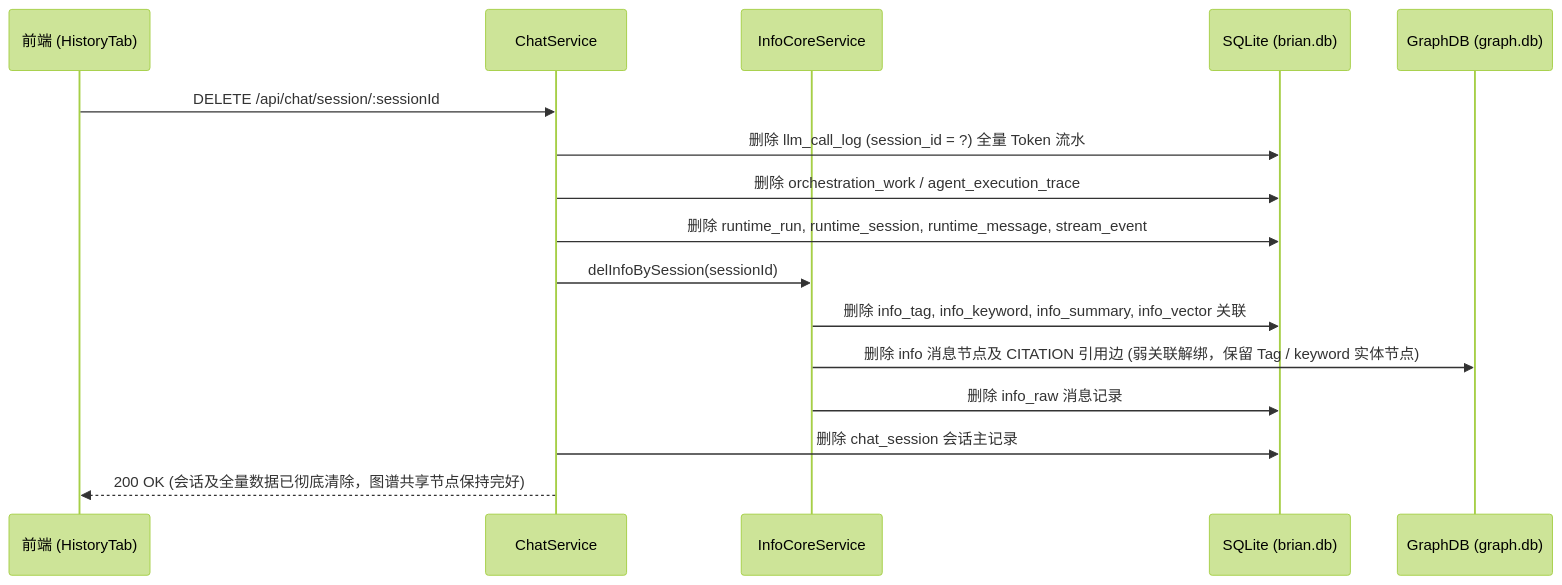
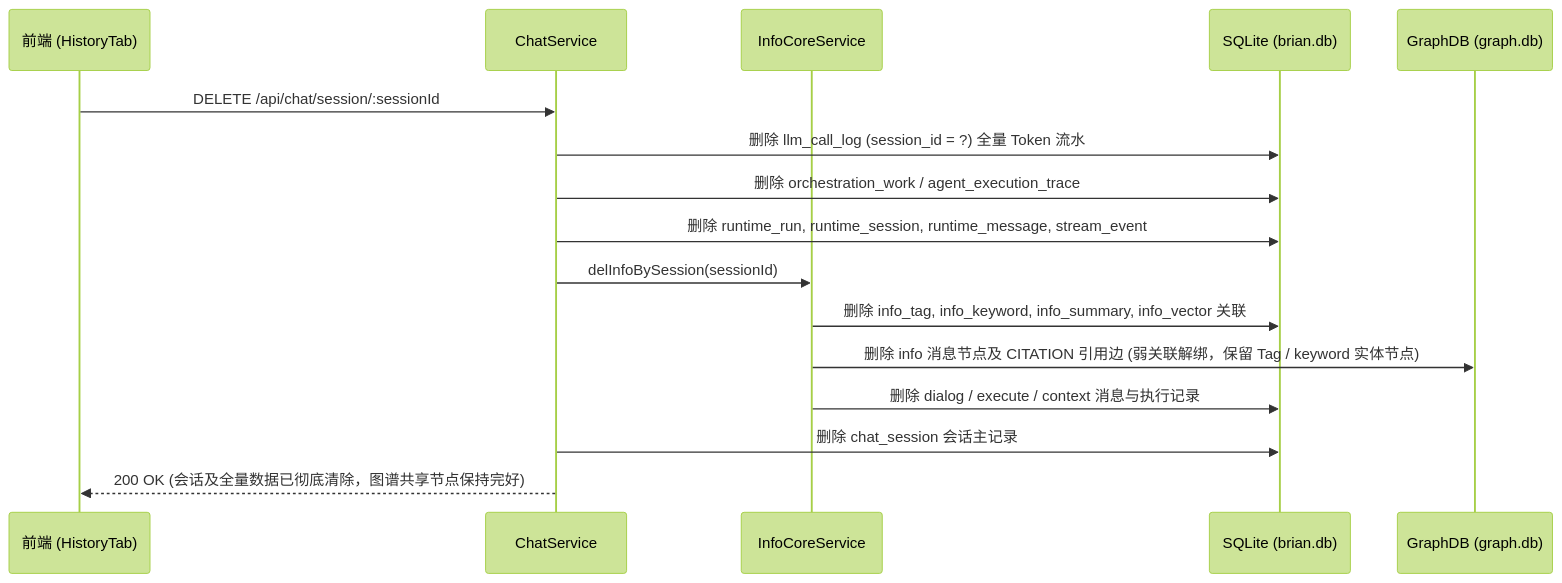
Before and after one commit to zhaoxuan-inside/brian-agent: the third of 5 diagrams in _04_framework_design/02_data_flow.md, drawn with Mermaid (forest theme). The commit also changed other lines of this file and 85 other files, not shown here.

````diff
--- a/_04_framework_design/02_data_flow.md
+++ b/_04_framework_design/02_data_flow.md
@@ -106,18 +106,18 @@
 ```mermaid
 sequenceDiagram
     participant FE as 前端 (HistoryTab)
     participant CS as ChatService
     participant IC as InfoCoreService
     participant RD as SQLite (brian.db)
     participant GD as GraphDB (graph.db)
     FE->>CS: DELETE /api/chat/session/:sessionId
     CS->>RD: 删除 llm_call_log (session_id = ?) 全量 Token 流水
     CS->>RD: 删除 orchestration_work / agent_execution_trace
     CS->>RD: 删除 runtime_run, runtime_session, runtime_message, stream_event
     CS->>IC: delInfoBySession(sessionId)
     IC->>RD: 删除 info_tag, info_keyword, info_summary, info_vector 关联
     IC->>GD: 删除 info 消息节点及 CITATION 引用边 (弱关联解绑，保留 Tag / keyword 实体节点)
-    IC->>RD: 删除 info_raw 消息记录
+    IC->>RD: 删除 dialog / execute / context 消息与执行记录
     CS->>RD: 删除 chat_session 会话主记录
     CS-->>FE: 200 OK (会话及全量数据已彻底清除，图谱共享节点保持完好)
 ```
````
